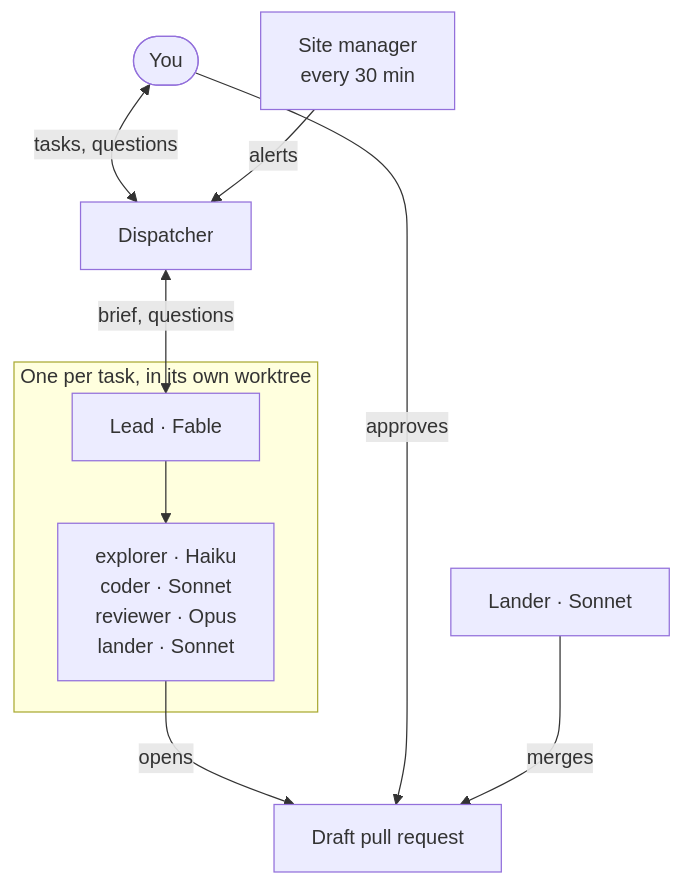
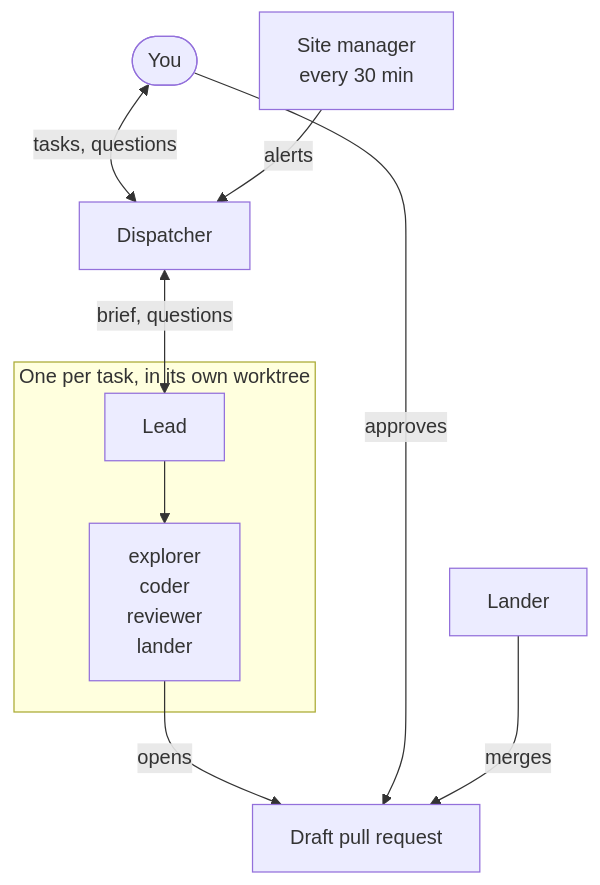
One commit to andreiciobotar/isshoni changed the first of 2 diagrams in README.md. Above: the diagram before and after it, drawn with Mermaid. The commit also changed other lines of this file and 36 other files, not shown here.

````diff
--- a/README.md
+++ b/README.md
@@ -63,12 +63,12 @@
 ```mermaid
 flowchart TD
     you([You]) <-- tasks, questions --> disp[Dispatcher]
     disp <-- brief, questions --> lead
     subgraph task [One per task, in its own worktree]
-        lead[Lead · Fable] --> subs[explorer · Haiku<br>coder · Sonnet<br>reviewer · Opus<br>lander · Sonnet]
+        lead[Lead] --> subs[explorer<br>coder<br>reviewer<br>lander]
     end
     subs -- opens --> pr[Draft pull request]
     you -- approves --> pr
     sm[Site manager<br>every 30 min] -- alerts --> disp
-    lander[Lander · Sonnet] -- merges --> pr
+    lander[Lander] -- merges --> pr
 ```
````
